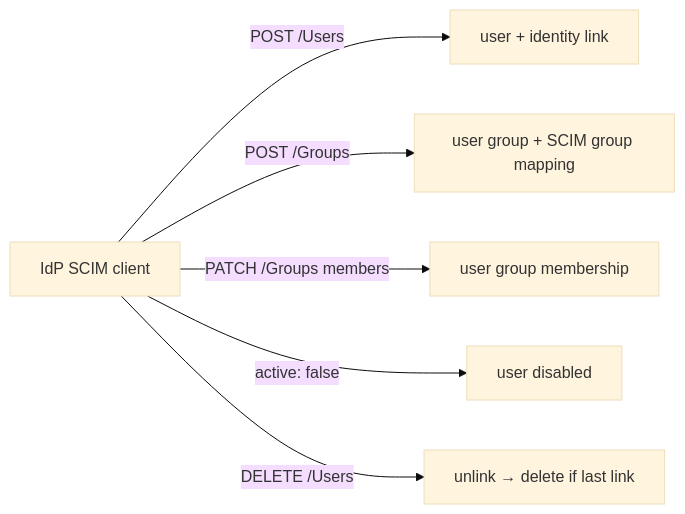
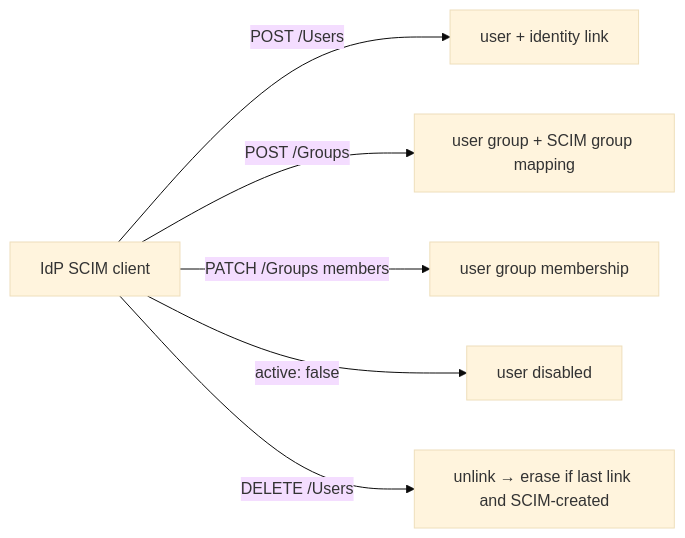
One commit to manchtools/power-manage-docs changed the diagram in content/02-concepts/13-scim.md. Above: the diagram before and after it, drawn with Mermaid (base theme). The commit also changed other lines of this file and 29 other files, not shown here.

````diff
--- a/content/02-concepts/13-scim.md
+++ b/content/02-concepts/13-scim.md
@@ -34,8 +34,8 @@
 ```mermaid
 flowchart LR
     IdP[IdP SCIM client] -->|"POST /Users"| U["user + identity link"]
     IdP -->|"POST /Groups"| G["user group + SCIM group mapping"]
     IdP -->|"PATCH /Groups members"| M[user group membership]
     IdP -->|"active: false"| D[user disabled]
-    IdP -->|"DELETE /Users"| X["unlink → delete if last link"]
+    IdP -->|"DELETE /Users"| X["unlink → erase if last link and SCIM-created"]
 ```
````
